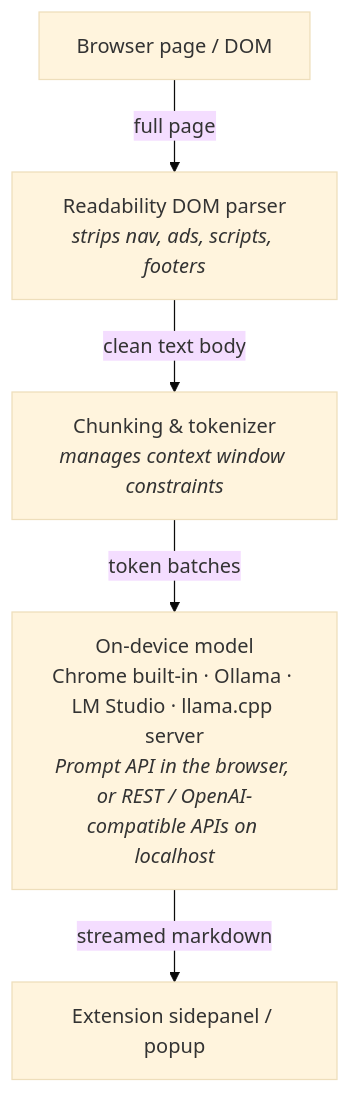
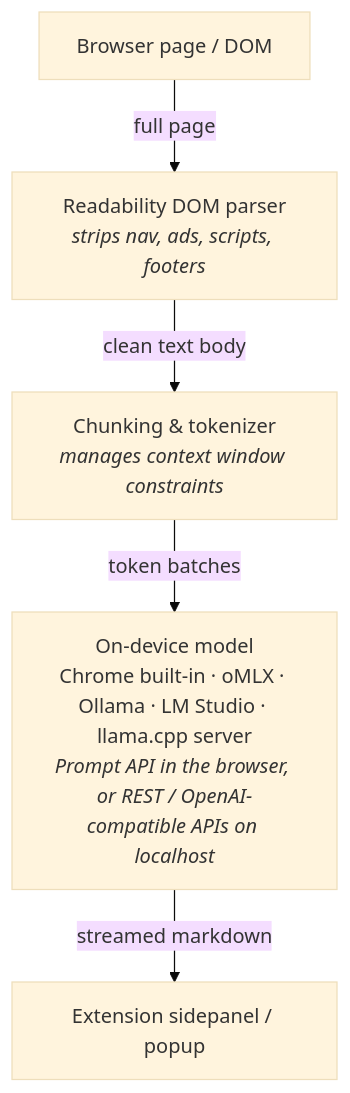
One commit to dkobia/offline-tldr changed the diagram in README.md. Above: the diagram before and after it, drawn with Mermaid (base theme). The commit also changed other lines of this file and 18 other files, not shown here.

First line of the commit message:
Support oMLX as a local engine and prepare 0.4.0

````diff
--- a/README.md
+++ b/README.md
@@ -34,13 +34,13 @@
 ```mermaid
 flowchart TD
     page[Browser page / DOM]
     extract["Readability DOM parser<br/><i>strips nav, ads, scripts, footers</i>"]
     chunk["Chunking & tokenizer<br/><i>manages context window constraints</i>"]
-    engine["On-device model<br/>Chrome built-in · Ollama · LM Studio · llama.cpp server<br/><i>Prompt API in the browser, or REST / OpenAI-compatible APIs on localhost</i>"]
+    engine["On-device model<br/>Chrome built-in · oMLX · Ollama · LM Studio · llama.cpp server<br/><i>Prompt API in the browser, or REST / OpenAI-compatible APIs on localhost</i>"]
     panel[Extension sidepanel / popup]
 
     page -->|full page| extract
     extract -->|clean text body| chunk
     chunk -->|token batches| engine
     engine -->|streamed markdown| panel
 ```
````
